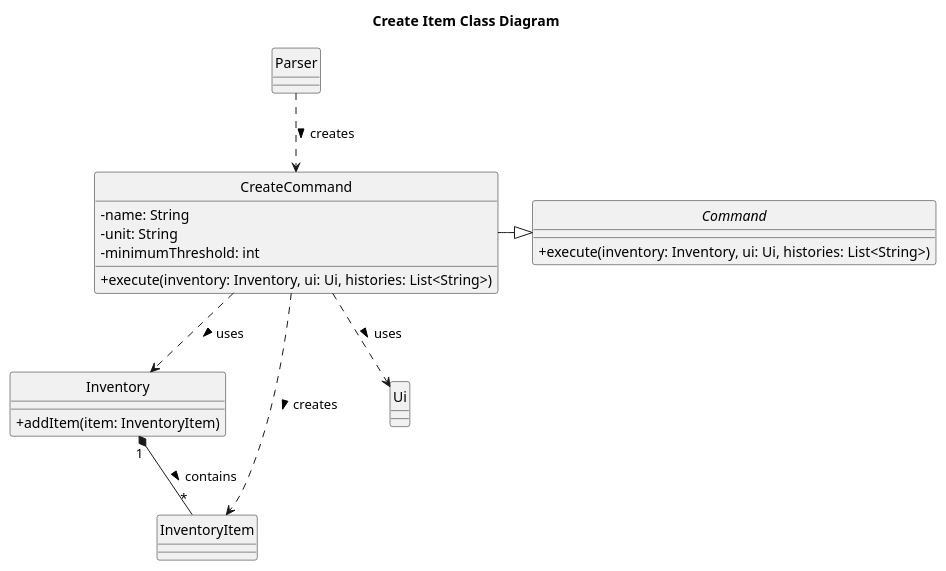
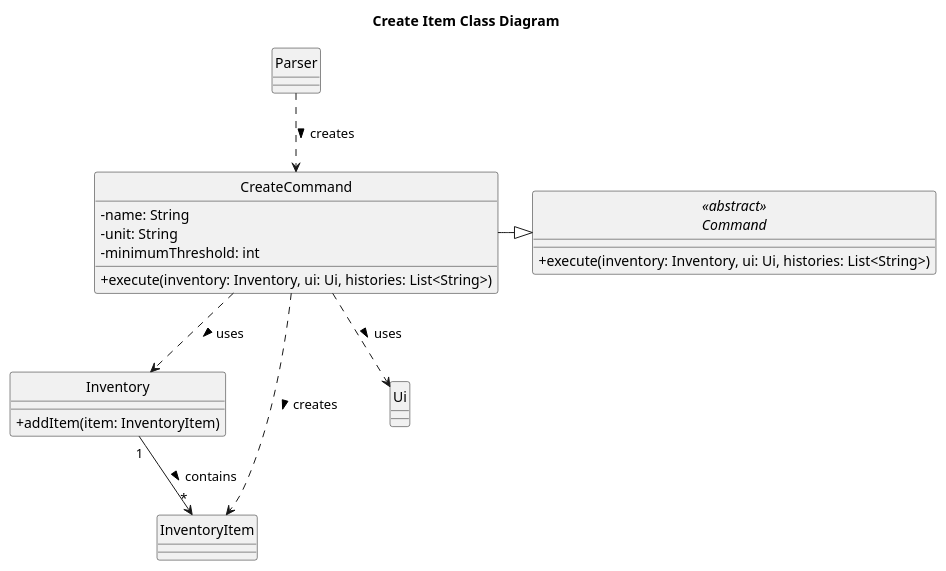
The diagram in docs/uml/CreateCommandClassDiagram.puml (AY2526S2-CS2113-T05-2/tp), drawn with PlantUML before and after one commit. The commit also changed 1 other file, not shown here.

Commit message:
Update Create class diagram in DG

```diff
--- a/docs/uml/CreateCommandClassDiagram.puml
+++ b/docs/uml/CreateCommandClassDiagram.puml
@@ -1,37 +1,37 @@
 @startuml
 skinparam classAttributeIconSize 0
 hide circle
 
 title Create Item Class Diagram
 
 class Parser
 
-abstract class Command {
+abstract class "<<abstract>>\nCommand" as Command {
     + execute(inventory: Inventory, ui: Ui, histories: List<String>)
 }
 
 class CreateCommand {
     - name: String
     - unit: String
     - minimumThreshold: int
     + execute(inventory: Inventory, ui: Ui, histories: List<String>)
 }
 
 class Inventory {
     + addItem(item: InventoryItem)
 }
 
 class InventoryItem
 
 class Ui
 
 CreateCommand -|> Command
 
 Parser ..> CreateCommand : creates >
 CreateCommand ..> Inventory : uses >
 CreateCommand ..> InventoryItem : creates >
 CreateCommand ..> Ui : uses >
 
-Inventory "1" *-- "*" InventoryItem : contains >
+Inventory "1" --> "*" InventoryItem : contains >
 
 @enduml
```
